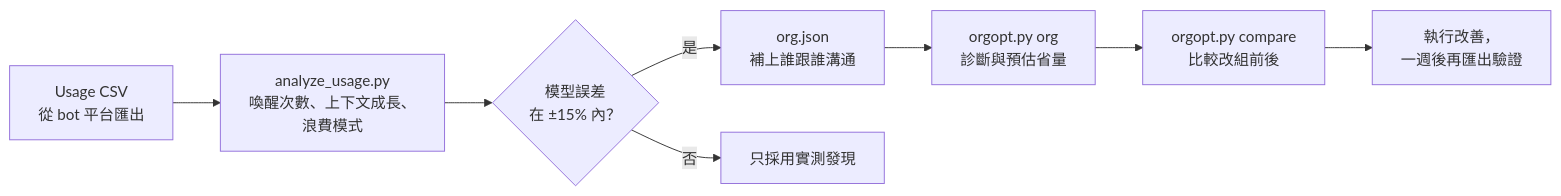
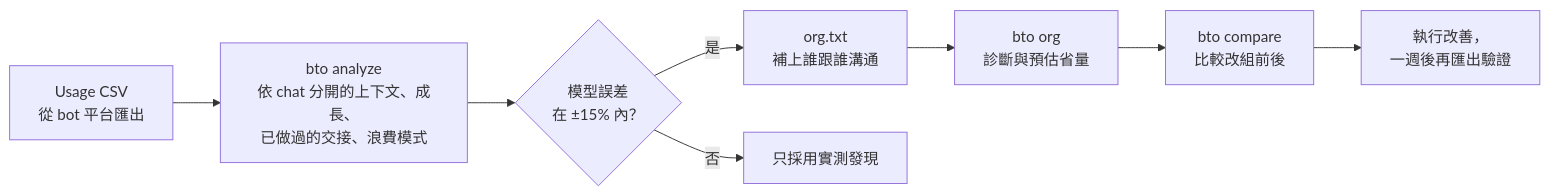
One commit to EndeavorYen/bot-token-optimizer changed the diagram in README.zh-TW.md. Above: the diagram before and after it, drawn with Mermaid. The commit also changed other lines of this file and 54 other files, not shown here.

First line of the commit message:
v0.2.0: per-chat analysis, bilingual CLI, org.txt, web calculator, CI

````diff
--- a/README.zh-TW.md
+++ b/README.zh-TW.md
@@ -84,10 +97,10 @@
 ```mermaid
 flowchart LR
-    A[Usage CSV<br/>從 bot 平台匯出] --> B[analyze_usage.py<br/>喚醒次數、上下文成長、<br/>浪費模式]
+    A[Usage CSV<br/>從 bot 平台匯出] --> B[bto analyze<br/>依 chat 分開的上下文、成長、<br/>已做過的交接、浪費模式]
     B --> C{模型誤差<br/>在 ±15% 內？}
-    C -- 是 --> D[org.json<br/>補上誰跟誰溝通]
+    C -- 是 --> D[org.txt<br/>補上誰跟誰溝通]
     C -- 否 --> E[只採用實測發現]
-    D --> F[orgopt.py org<br/>診斷與預估省量]
-    F --> G[orgopt.py compare<br/>比較改組前後]
+    D --> F[bto org<br/>診斷與預估省量]
+    F --> G[bto compare<br/>比較改組前後]
     G --> H[執行改善，<br/>一週後再匯出驗證]
 ```
````
